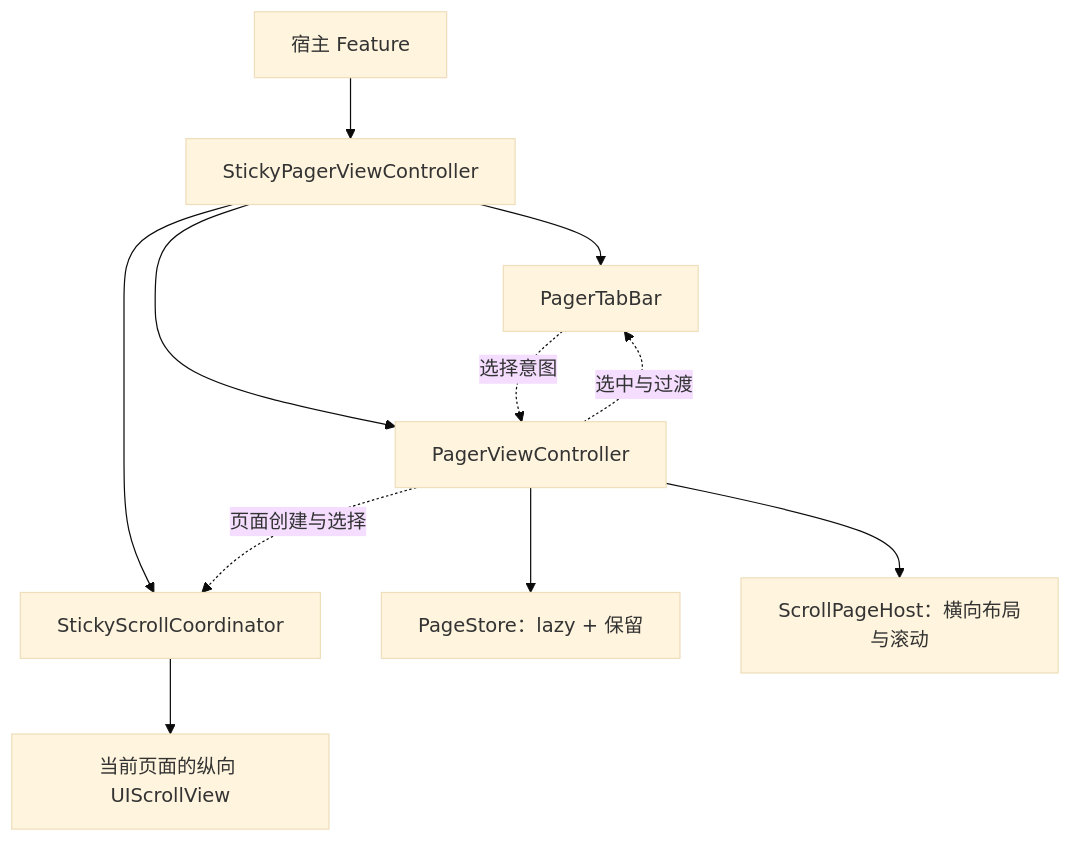
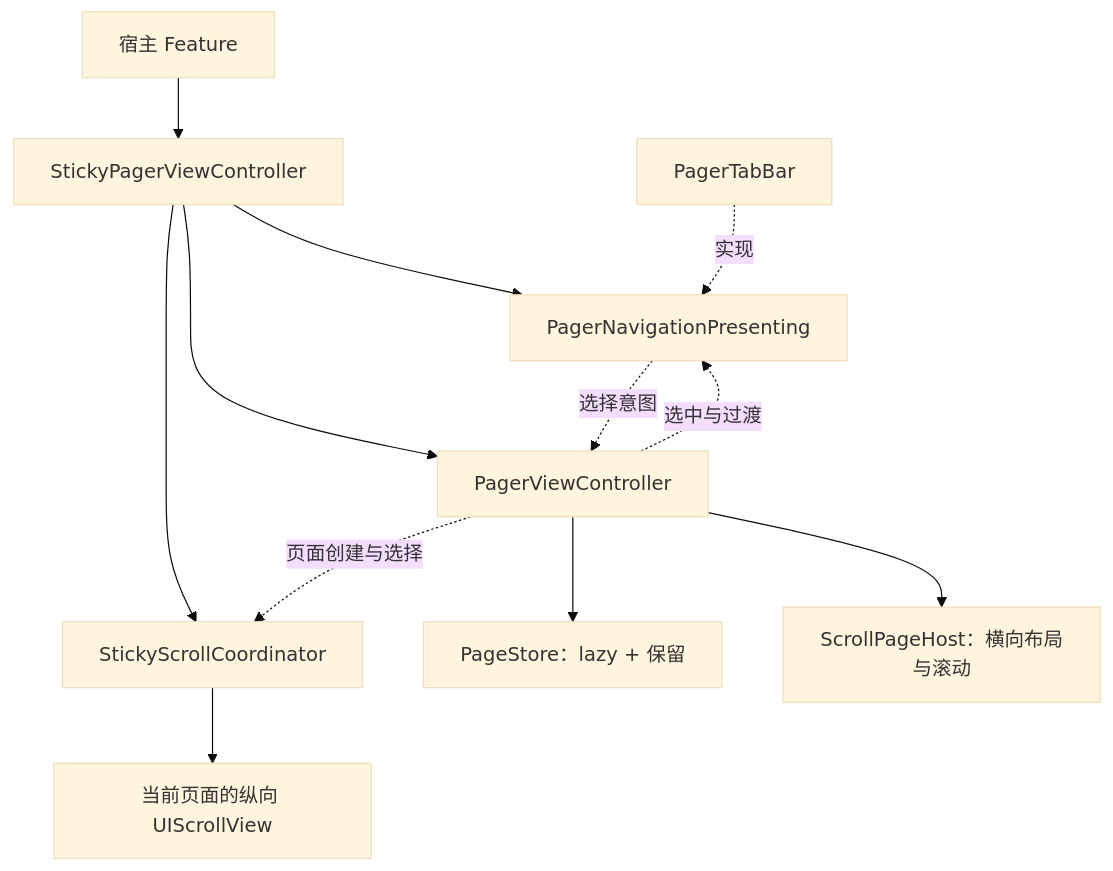
One commit to Weixi779/Pager changed the diagram in Docs/Pager.md. Above: the diagram before and after it, drawn with Mermaid (base theme). The commit also changed other lines of this file and 25 other files, not shown here.

First line of the commit message:
feat!: refine pager APIs and sticky navigation

````diff
--- a/Docs/Pager.md
+++ b/Docs/Pager.md
@@ -12,13 +13,14 @@
 ```mermaid
 flowchart TB
     Feature[宿主 Feature] --> Sticky[StickyPagerViewController]
-    Sticky --> Tabs[PagerTabBar]
+    Sticky --> Tabs[PagerNavigationPresenting]
+    Default[PagerTabBar] -. 实现 .-> Tabs
     Sticky --> Pager[PagerViewController]
     Sticky --> Coordinator[StickyScrollCoordinator]
     Tabs -. 选择意图 .-> Pager
     Pager -. 选中与过渡 .-> Tabs
     Pager --> Store[PageStore：lazy + 保留]
     Pager --> Host[ScrollPageHost：横向布局与滚动]
     Pager -. 页面创建与选择 .-> Coordinator
     Coordinator --> List[当前页面的纵向 UIScrollView]
 ```
````
